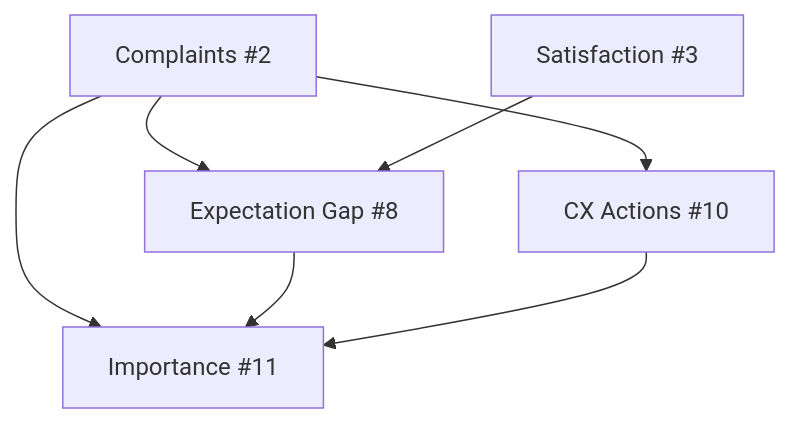
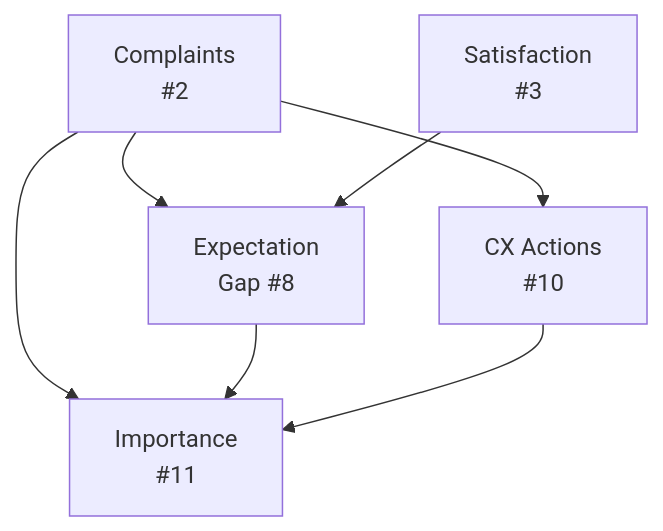
Before and after one commit to dianakang/voc-intelligence-platform: the third of 4 diagrams in README.md, drawn with Mermaid. The commit also changed other lines of this file, not shown here.

````diff
--- a/README.md
+++ b/README.md
@@ -90,9 +90,9 @@
 ```mermaid
 flowchart TD
-    C2[Complaints #2] --> CX[CX Actions #10]
-    C2 --> EG[Expectation Gap #8]
-    S3[Satisfaction #3] --> EG
-    C2 --> IM[Importance #11]
+    C2["Complaints<br/>#2"] --> CX["CX Actions<br/>#10"]
+    C2 --> EG["Expectation<br/>Gap #8"]
+    S3["Satisfaction<br/>#3"] --> EG
+    C2 --> IM["Importance<br/>#11"]
     EG --> IM
     CX --> IM
 ```
````
